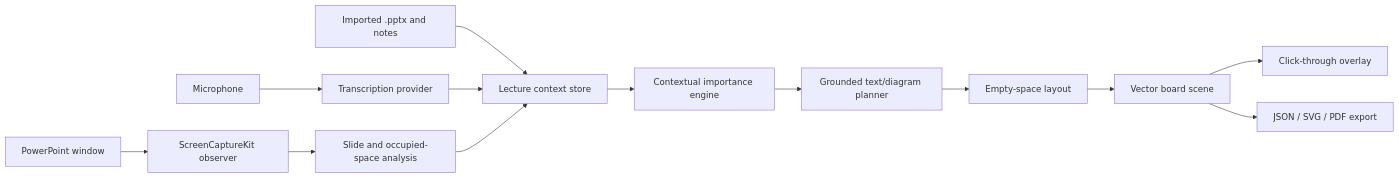
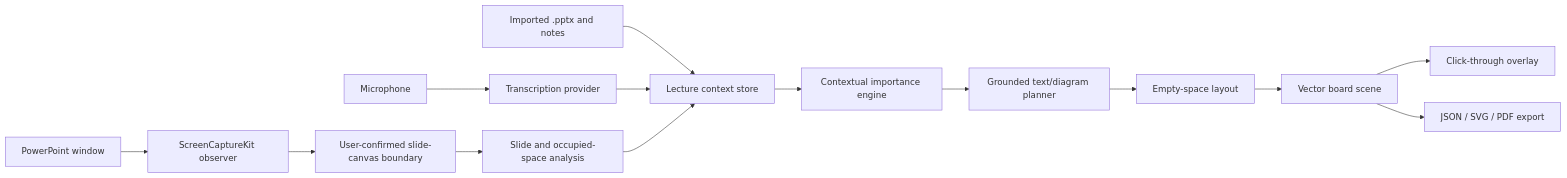
Before and after one commit to akiyama709/lectureboard-ai: the diagram in docs/architecture.md, drawn with Mermaid. The commit also changed other lines of this file and 38 other files, not shown here.

Commit message:
Add fail-closed slide canvas calibration

````diff
--- a/docs/architecture.md
+++ b/docs/architecture.md
@@ -7,15 +7,16 @@
 ```mermaid
 flowchart LR
     PPT[PowerPoint window] --> CAP[ScreenCaptureKit observer]
     PPTX[Imported .pptx and notes] --> CTX[Lecture context store]
     MIC[Microphone] --> ASR[Transcription provider]
-    CAP --> SLIDE[Slide and occupied-space analysis]
+    CAP --> CANVAS[User-confirmed slide-canvas boundary]
+    CANVAS --> SLIDE[Slide and occupied-space analysis]
     ASR --> CTX
     SLIDE --> CTX
     CTX --> IMP[Contextual importance engine]
     IMP --> PLAN[Grounded text/diagram planner]
     PLAN --> LAYOUT[Empty-space layout]
     LAYOUT --> SCENE[Vector board scene]
     SCENE --> OVERLAY[Click-through overlay]
     SCENE --> EXPORT[JSON / SVG / PDF export]
 ```
````
